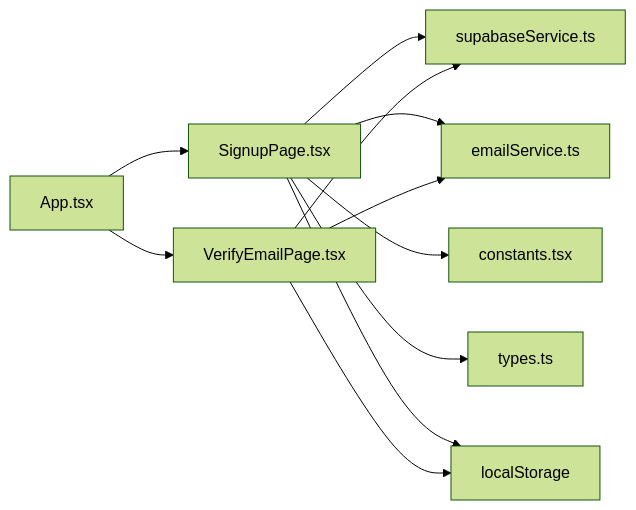
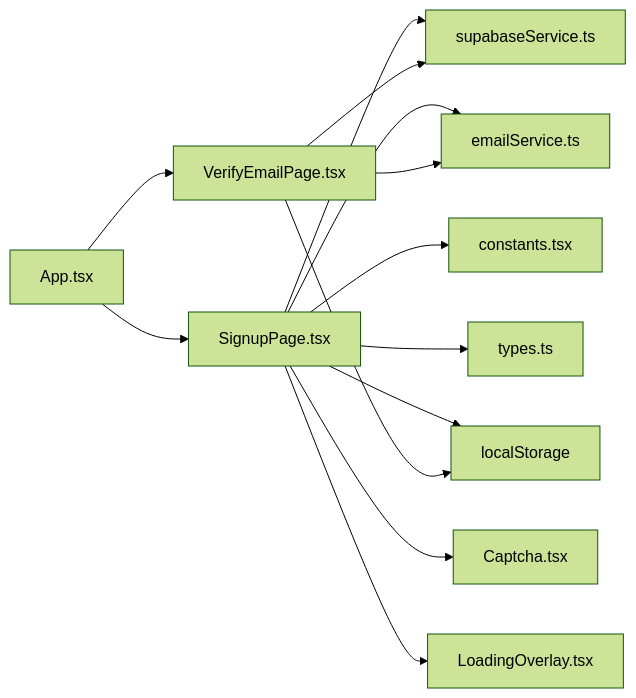
One commit to zpria/ACCOUND-ZPRIA changed the sixth of 6 diagrams in .qoder/repowiki/en/content/Authentication System/User Registration.md. Above: the diagram before and after it, drawn with Mermaid (forest theme). The commit also changed other lines of this file and 12 other files, not shown here.

````diff
--- a/.qoder/repowiki/en/content/Authentication System/User Registration.md
+++ b/.qoder/repowiki/en/content/Authentication System/User Registration.md
@@ -363,13 +508,15 @@
 ```mermaid
 graph LR
 SP["SignupPage.tsx"] --> SS["supabaseService.ts"]
 SP --> ES["emailService.ts"]
 SP --> C["constants.tsx"]
 SP --> T["types.ts"]
 SP --> LS["localStorage"]
+SP --> CAP["Captcha.tsx"]
+SP --> LO["LoadingOverlay.tsx"]
 VP["VerifyEmailPage.tsx"] --> SS
 VP --> ES
 VP --> LS
 A["App.tsx"] --> SP
 A --> VP
 ```
````
